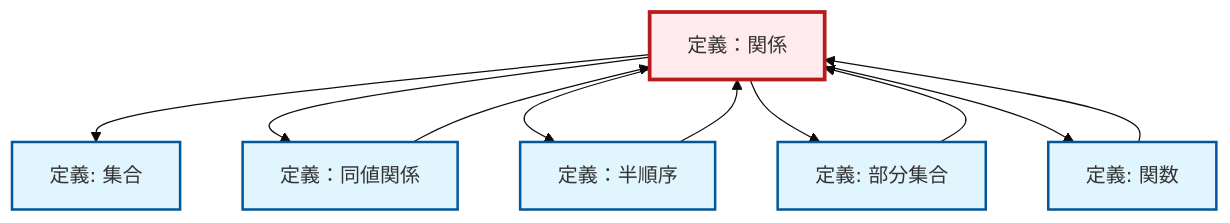
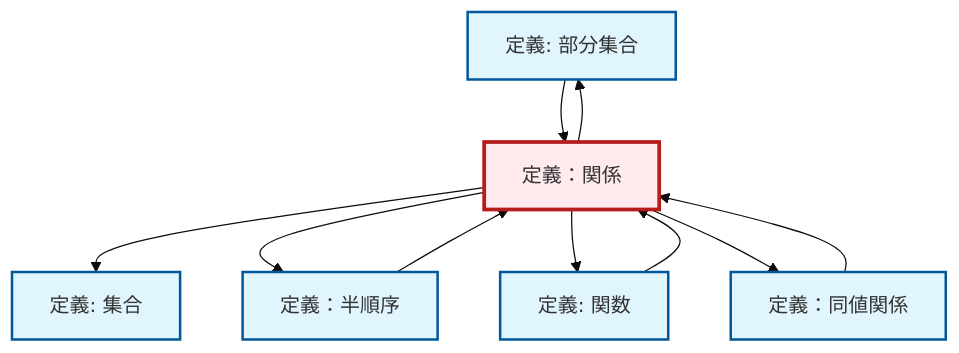
The diagram in content/ja/logic-set-theory/def-relation.qmd (RK0429/ModernMath), drawn with Mermaid (base theme) before and after one commit. The commit also changed other lines of this file and 1012 other files, not shown here.

````diff
--- a/content/ja/logic-set-theory/def-relation.qmd
+++ b/content/ja/logic-set-theory/def-relation.qmd
@@ -91,30 +91,30 @@
 ```{mermaid}
 %%| fig-cap: "Local dependency graph"
 graph TD
     classDef definition fill:#e1f5fe,stroke:#01579b,stroke-width:2px
     classDef theorem fill:#f3e5f5,stroke:#4a148c,stroke-width:2px
     classDef axiom fill:#fff3e0,stroke:#e65100,stroke-width:2px
     classDef example fill:#e8f5e9,stroke:#1b5e20,stroke-width:2px
     classDef current fill:#ffebee,stroke:#b71c1c,stroke-width:3px
+    def-subset["定義: 部分集合"]:::definition
+    def-partial-order["定義：半順序"]:::definition
     def-set["定義: 集合"]:::definition
+    def-equivalence-relation["定義：同値関係"]:::definition
+    def-function["定義: 関数"]:::definition
     def-relation["定義：関係"]:::definition
-    def-function["定義: 関数"]:::definition
-    def-partial-order["定義：半順序"]:::definition
-    def-subset["定義: 部分集合"]:::definition
-    def-equivalence-relation["定義：同値関係"]:::definition
+    def-function --> def-relation
+    def-relation --> def-set
     def-partial-order --> def-relation
+    def-equivalence-relation --> def-relation
+    def-relation --> def-partial-order
+    def-relation --> def-function
+    def-relation --> def-subset
     def-subset --> def-relation
-    def-relation --> def-set
-    def-function --> def-relation
     def-relation --> def-equivalence-relation
-    def-relation --> def-partial-order
-    def-relation --> def-subset
-    def-equivalence-relation --> def-relation
-    def-relation --> def-function
     class def-relation current
+    click def-subset "def-subset.html" "部分集合の定義へ"
+    click def-partial-order "def-partial-order.html" "定義：半順序へ"
     click def-set "def-set.html" "集合の定義へ"
+    click def-equivalence-relation "def-equivalence-relation.html" "定義：同値関係へ"
     click def-function "def-function.html" "関数の定義へ"
-    click def-partial-order "def-partial-order.html" "定義：半順序へ"
-    click def-subset "def-subset.html" "部分集合の定義へ"
-    click def-equivalence-relation "def-equivalence-relation.html" "定義：同値関係へ"
 ```
````
